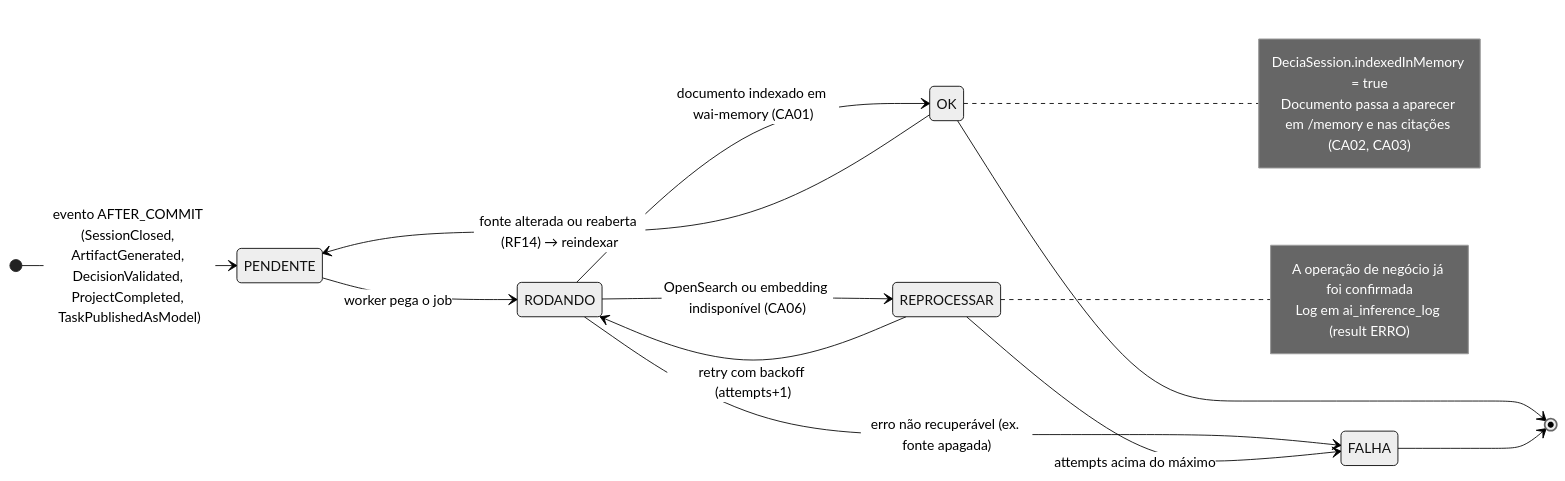
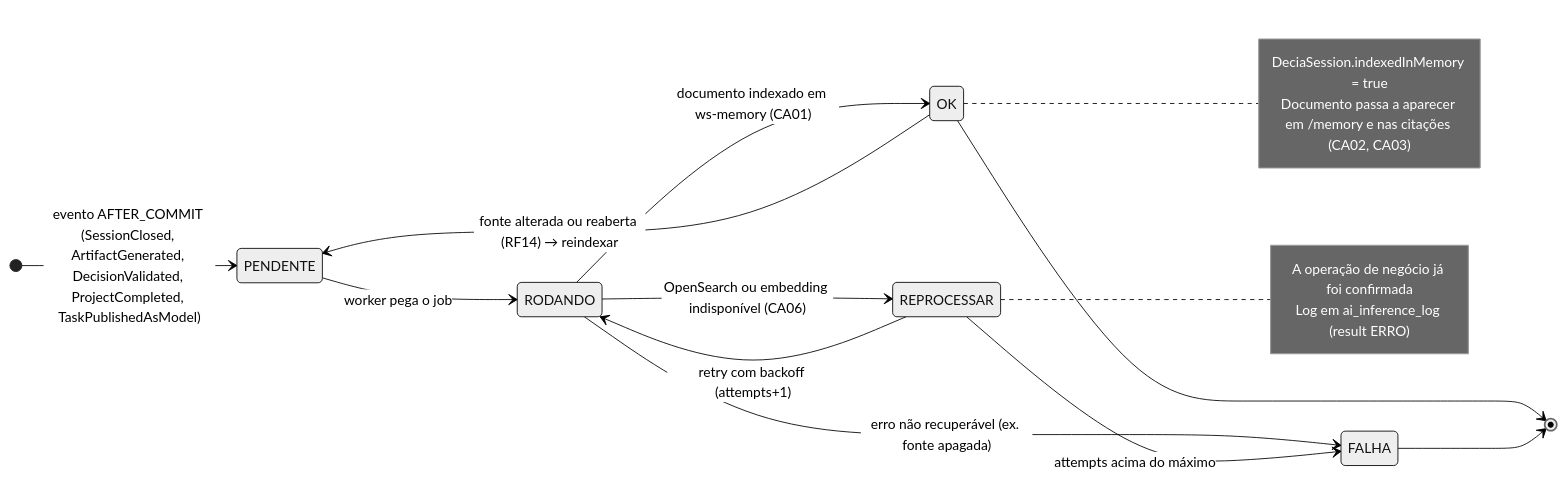
Before and after one commit to MatheusHaliski/Decia-app-2026: the fourth of 5 diagrams in docs/diagramas/RF33/README.md, drawn with Mermaid (neutral theme). The commit also changed other lines of this file and 65 other files, not shown here.

First line of the commit message:
docs: renomeia o produto para Work Station (módulos ws-*), UserPreferences no diagrama v1, RF44/RF45 ajustados, design system (tokens, components.css, 66 ícones, 112 anatomias SVG, galeria e capturas) e dúvidas Q-36..Q-43

````diff
--- a/docs/diagramas/RF33/README.md
+++ b/docs/diagramas/RF33/README.md
@@ -423,22 +423,22 @@
 ```mermaid
 stateDiagram-v2
   direction LR
   [*] --> PENDENTE : evento AFTER_COMMIT (SessionClosed, ArtifactGenerated, DecisionValidated, ProjectCompleted, TaskPublishedAsModel)
   PENDENTE --> RODANDO : worker pega o job
-  RODANDO --> OK : documento indexado em wai-memory (CA01)
+  RODANDO --> OK : documento indexado em ws-memory (CA01)
   RODANDO --> FALHA : erro não recuperável (ex. fonte apagada)
   RODANDO --> REPROCESSAR : OpenSearch ou embedding indisponível (CA06)
   REPROCESSAR --> RODANDO : retry com backoff (attempts+1)
   REPROCESSAR --> FALHA : attempts acima do máximo
   OK --> PENDENTE : fonte alterada ou reaberta (RF14) → reindexar
   OK --> [*]
   FALHA --> [*]
   note right of OK
     DeciaSession.indexedInMemory = true
     Documento passa a aparecer em /memory e nas citações (CA02, CA03)
   end note
   note right of REPROCESSAR
     A operação de negócio já foi confirmada
     Log em ai_inference_log (result ERRO)
   end note
 ```
````
